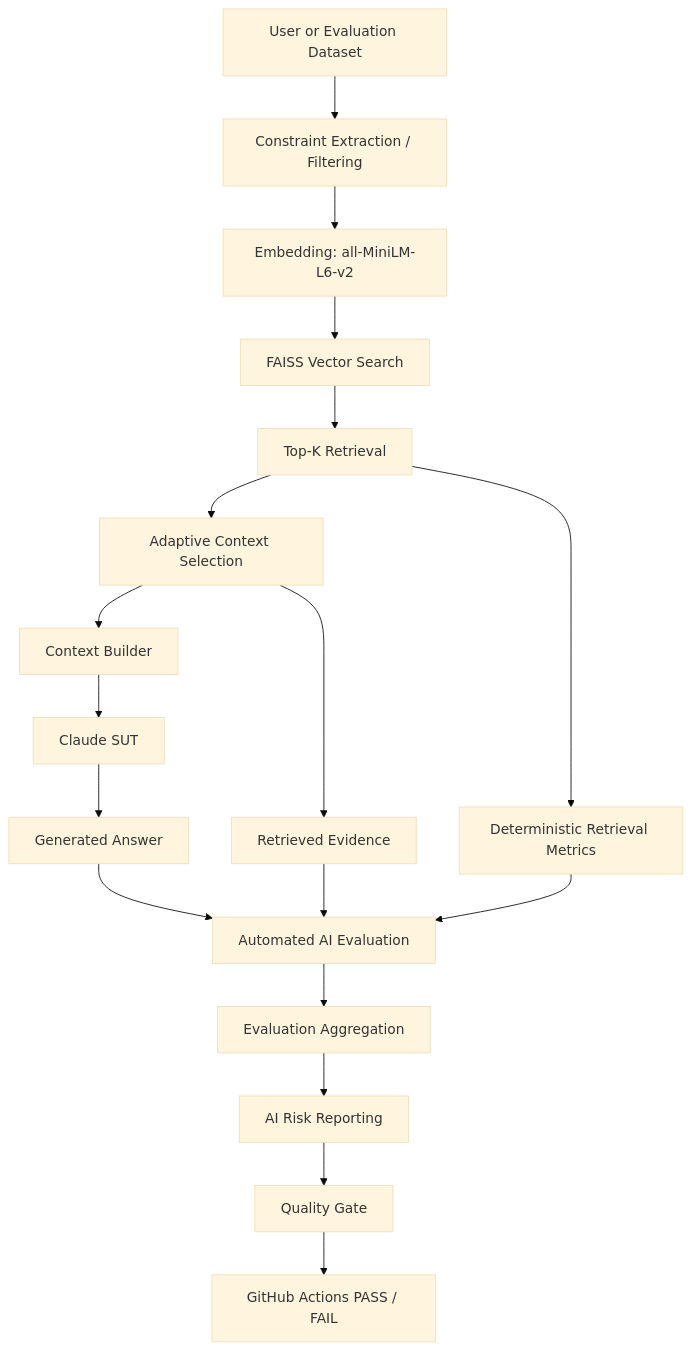
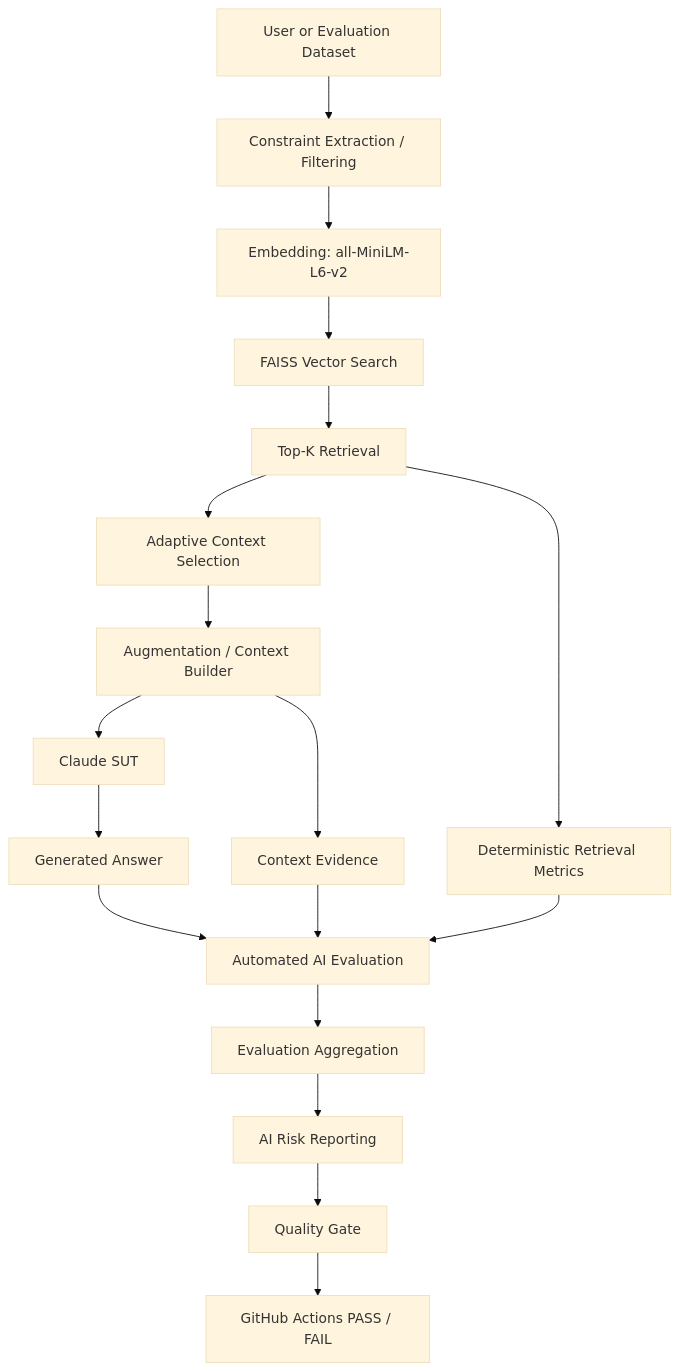
Before and after one commit to oleksandrserhieiev-beep/ai-qe-lab: the first of 6 diagrams in README.md, drawn with Mermaid (base theme). The commit also changed other lines of this file, not shown here.

````diff
--- a/README.md
+++ b/README.md
@@ -25,22 +25,22 @@
 ```mermaid
 flowchart TD
     A[User or Evaluation Dataset] --> B[Constraint Extraction / Filtering]
     B --> C[Embedding: all-MiniLM-L6-v2]
     C --> D[FAISS Vector Search]
     D --> E[Top-K Retrieval]
     E --> F[Adaptive Context Selection]
-    F --> G[Context Builder]
+    F --> G[Augmentation / Context Builder]
     G --> H[Claude SUT]
     H --> I[Generated Answer]
 
     E --> J[Deterministic Retrieval Metrics]
-    F --> K[Retrieved Evidence]
+    G --> K[Context Evidence]
     I --> AE[Automated AI Evaluation]
     K --> AE
     J --> AE
 
     AE --> M[Evaluation Aggregation]
     M --> N[AI Risk Reporting]
     N --> O[Quality Gate]
     O --> P[GitHub Actions PASS / FAIL]
 ```
````
